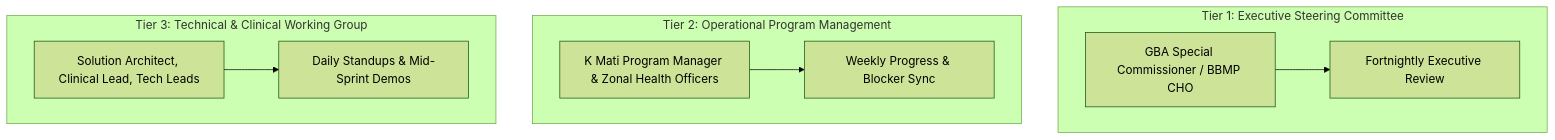
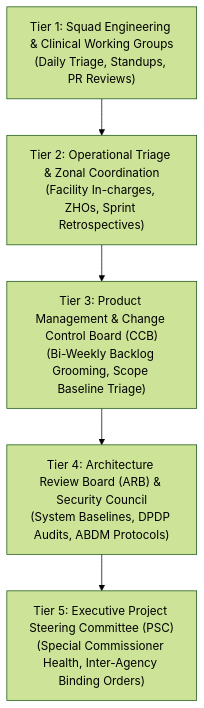
One commit to saimaa0910/mvp changed the first of 2 diagrams in docs/01-project-management/09-governance-model.md. Above: the diagram before and after it, drawn with Mermaid (forest theme). The commit also changed other lines of this file and 44 other files, not shown here.

Commit message:
docs: establish complete project management baseline

````diff
--- a/docs/01-project-management/09-governance-model.md
+++ b/docs/01-project-management/09-governance-model.md
@@ -9,15 +35,7 @@
 ```mermaid
 graph TD
-    subgraph Tier 1: Executive Steering Committee
-        A[GBA Special Commissioner / BBMP CHO]
-        A --> B[Fortnightly Executive Review]
-    end
-    subgraph Tier 2: Operational Program Management
-        C[K Mati Program Manager & Zonal Health Officers]
-        C --> D[Weekly Progress & Blocker Sync]
-    end
-    subgraph Tier 3: Technical & Clinical Working Group
-        E[Solution Architect, Clinical Lead, Tech Leads]
-        E --> F[Daily Standups & Mid-Sprint Demos]
-    end
+    L1["Tier 1: Squad Engineering & Clinical Working Groups<br/>(Daily Triage, Standups, PR Reviews)"] --> L2["Tier 2: Operational Triage & Zonal Coordination<br/>(Facility In-charges, ZHOs, Sprint Retrospectives)"]
+    L2 --> L3["Tier 3: Product Management & Change Control Board (CCB)<br/>(Bi-Weekly Backlog Grooming, Scope Baseline Triage)"]
+    L3 --> L4["Tier 4: Architecture Review Board (ARB) & Security Council<br/>(System Baselines, DPDP Audits, ABDM Protocols)"]
+    L4 --> L5["Tier 5: Executive Project Steering Committee (PSC)<br/>(Special Commissioner Health, Inter-Agency Binding Orders)"]
 ```
````
